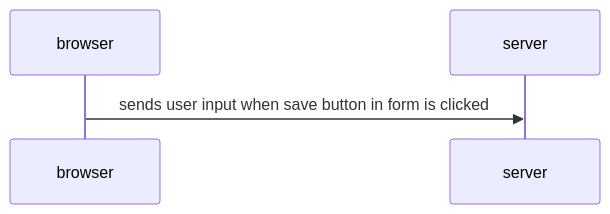
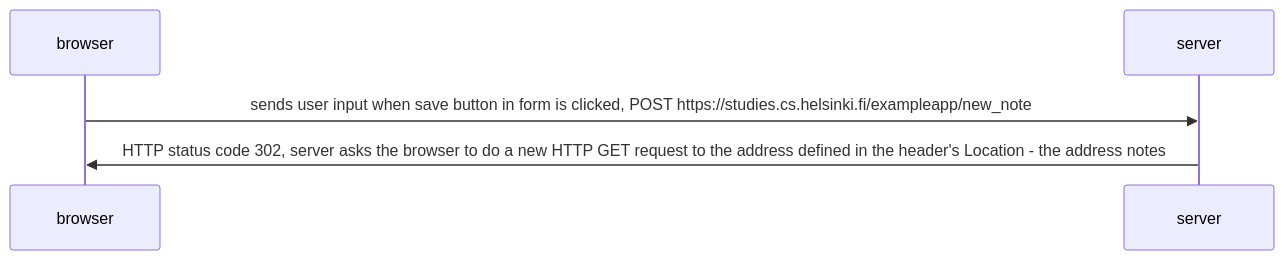
One commit to ARK2K/fullstackopen changed the diagram in part0/new-note-diagram.md. Above: the diagram before and after it, drawn with Mermaid.

````diff
--- a/part0/new-note-diagram.md
+++ b/part0/new-note-diagram.md
@@ -1,6 +1,7 @@
 ```mermaid
 sequenceDiagram
     participant browser
     participant server
-    browser->>server: sends user input when save button in form is clicked
+    browser->>server: sends user input when save button in form is clicked, POST https://studies.cs.helsinki.fi/exampleapp/new_note
+    server->>browser: HTTP status code 302, server asks the browser to do a new HTTP GET request to the address defined in the header's Location - the address notes
 ```
````
